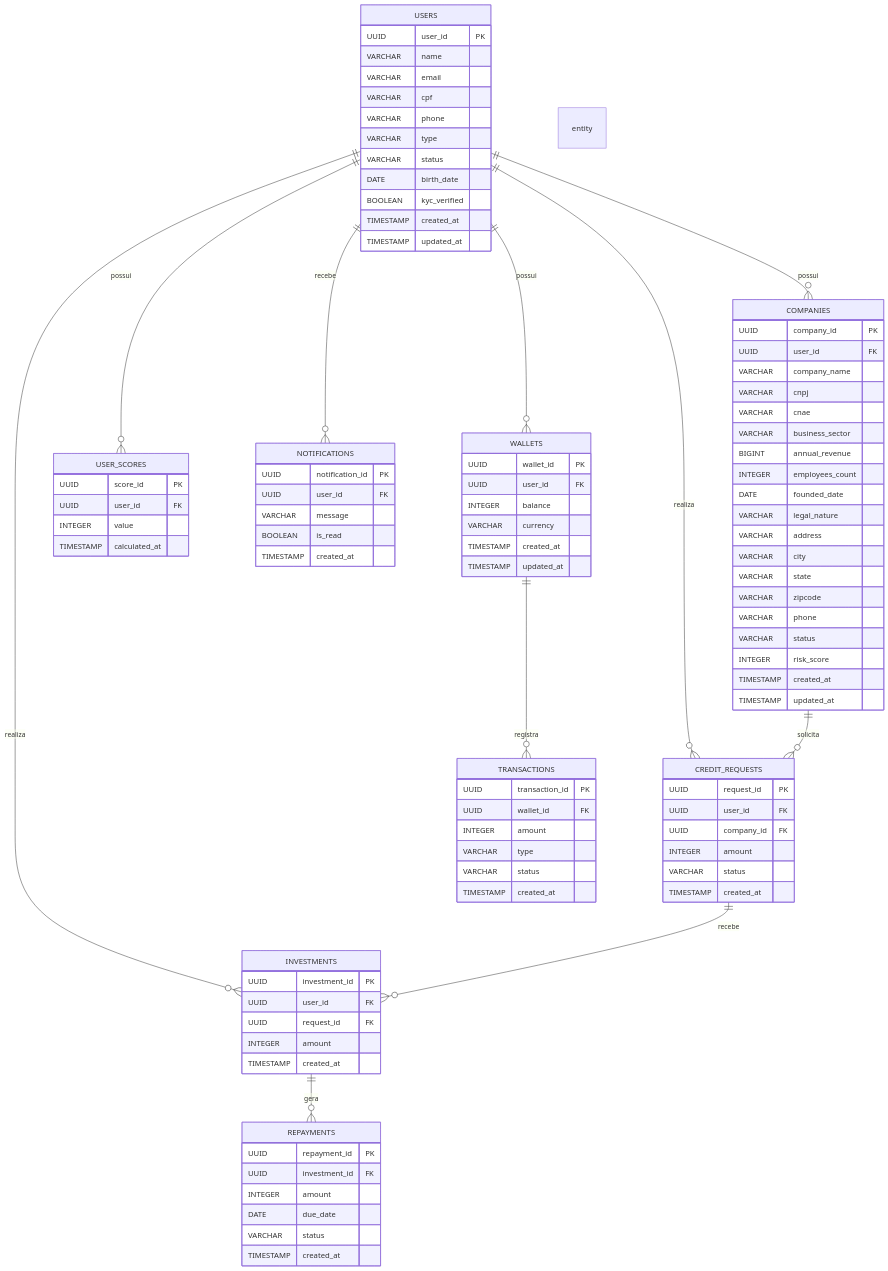
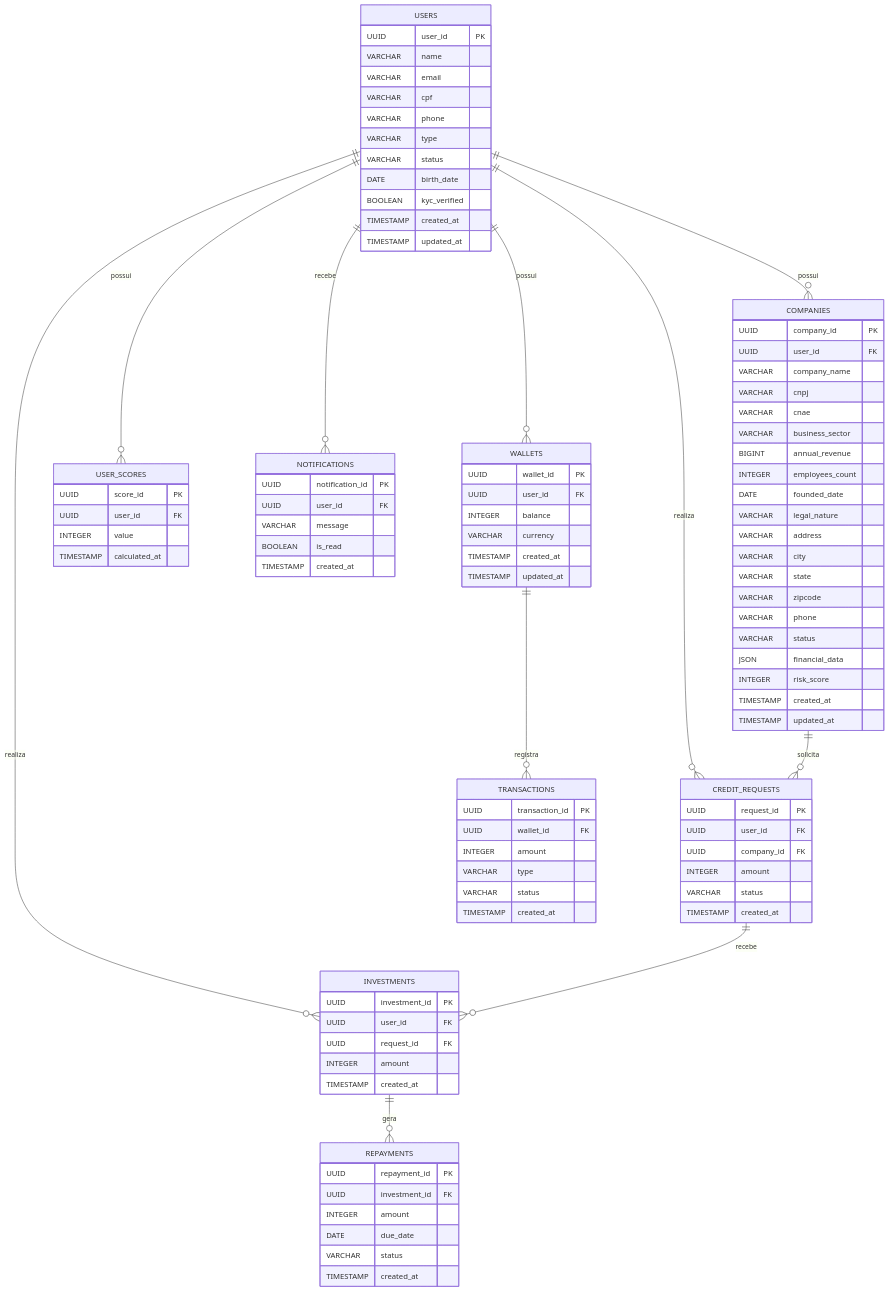
Before and after one commit to QInvest/qinvest: the diagram in README.md, drawn with Mermaid.

Commit message:
docs: Update ER diagram to enhance entity definitions and relationships

````diff
--- a/README.md
+++ b/README.md
@@ -23,108 +23,112 @@
 ```mermaid
 erDiagram
-    USERS ||--o{ WALLETS : "possui"
-    USERS ||--o{ USER_SCORES : "possui"
-    USERS ||--o{ CREDIT_REQUESTS : "realiza"
-    USERS ||--o{ INVESTMENTS : "realiza"
-    USERS ||--o{ NOTIFICATIONS : "recebe"
-    USERS ||--o{ COMPANIES : "possui"
-    COMPANIES ||--o{ CREDIT_REQUESTS : "solicita"
-    WALLETS ||--o{ TRANSACTIONS : "registra"
-    CREDIT_REQUESTS ||--o{ INVESTMENTS : "recebe"
-    INVESTMENTS ||--o{ REPAYMENTS : "gera"
+	direction TB
+	USERS {
+		UUID user_id PK ""  
+		VARCHAR name  ""  
+		VARCHAR email  ""  
+		VARCHAR cpf  ""  
+		VARCHAR phone  ""  
+		VARCHAR type  ""  
+		VARCHAR status  ""  
+		DATE birth_date  ""  
+		BOOLEAN kyc_verified  ""  
+		TIMESTAMP created_at  ""  
+		TIMESTAMP updated_at  ""  
+	}
 
-    entity USERS {
-        UUID user_id PK
-        VARCHAR name
-        VARCHAR email
-        VARCHAR cpf
-        VARCHAR phone
-        VARCHAR type
-        VARCHAR status
-        DATE birth_date
-        BOOLEAN kyc_verified
-        TIMESTAMP created_at
-        TIMESTAMP updated_at
-    }
+	WALLETS {
+		UUID wallet_id PK ""  
+		UUID user_id FK ""  
+		INTEGER balance  ""  
+		VARCHAR currency  ""  
+		TIMESTAMP created_at  ""  
+		TIMESTAMP updated_at  ""  
+	}
 
-    entity USER_SCORES {
-        UUID score_id PK
-        UUID user_id FK
-        INTEGER value
-        TIMESTAMP calculated_at
-    }
+	USER_SCORES {
+		UUID score_id PK ""  
+		UUID user_id FK ""  
+		INTEGER value  ""  
+		TIMESTAMP calculated_at  ""  
+	}
 
-    entity COMPANIES {
-        UUID company_id PK
-        UUID user_id FK
-        VARCHAR company_name
-        VARCHAR cnpj
-        VARCHAR cnae
-        VARCHAR business_sector
-        BIGINT annual_revenue
-        INTEGER employees_count
-        DATE founded_date
-        VARCHAR legal_nature
-        VARCHAR address
-        VARCHAR city
-        VARCHAR state
-        VARCHAR zipcode
-        VARCHAR phone
-        VARCHAR status
-        INTEGER risk_score
-        TIMESTAMP created_at
-        TIMESTAMP updated_at
-    }
+	CREDIT_REQUESTS {
+		UUID request_id PK ""  
+		UUID user_id FK ""  
+		UUID company_id FK ""  
+		INTEGER amount  ""  
+		VARCHAR status  ""  
+		TIMESTAMP created_at  ""  
+	}
 
-    entity WALLETS {
-        UUID wallet_id PK
-        UUID user_id FK
-        INTEGER balance
-        VARCHAR currency
-        TIMESTAMP created_at
-        TIMESTAMP updated_at
-    }
+	INVESTMENTS {
+		UUID investment_id PK ""  
+		UUID user_id FK ""  
+		UUID request_id FK ""  
+		INTEGER amount  ""  
+		TIMESTAMP created_at  ""  
+	}
 
-    entity TRANSACTIONS {
-        UUID transaction_id PK
-        UUID wallet_id FK
-        INTEGER amount
-        VARCHAR type
-        VARCHAR status
-        TIMESTAMP created_at
-    }
+	NOTIFICATIONS {
+		UUID notification_id PK ""  
+		UUID user_id FK ""  
+		VARCHAR message  ""  
+		BOOLEAN is_read  ""  
+		TIMESTAMP created_at  ""  
+	}
 
-    entity CREDIT_REQUESTS {
-        UUID request_id PK
-        UUID user_id FK
-        UUID company_id FK
-        INTEGER amount
-        VARCHAR status
-        TIMESTAMP created_at
-    }
+	COMPANIES {
+		UUID company_id PK ""  
+		UUID user_id FK ""  
+		VARCHAR company_name  ""  
+		VARCHAR cnpj  ""  
+		VARCHAR cnae  ""  
+		VARCHAR business_sector  ""  
+		BIGINT annual_revenue  ""  
+		INTEGER employees_count  ""  
+		DATE founded_date  ""  
+		VARCHAR legal_nature  ""  
+		VARCHAR address  ""  
+		VARCHAR city  ""  
+		VARCHAR state  ""  
+		VARCHAR zipcode  ""  
+		VARCHAR phone  ""  
+		VARCHAR status  ""  
+		JSON financial_data  ""  
+		INTEGER risk_score  ""  
+		TIMESTAMP created_at  ""  
+		TIMESTAMP updated_at  ""  
+	}
 
-    entity INVESTMENTS {
-        UUID investment_id PK
-        UUID user_id FK
-        UUID request_id FK
-        INTEGER amount
-        TIMESTAMP created_at
-    }
+	TRANSACTIONS {
+		UUID transaction_id PK ""  
+		UUID wallet_id FK ""  
+		INTEGER amount  ""  
+		VARCHAR type  ""  
+		VARCHAR status  ""  
+		TIMESTAMP created_at  ""  
+	}
 
-    entity REPAYMENTS {
-        UUID repayment_id PK
-        UUID investment_id FK
-        INTEGER amount
-        DATE due_date
-        VARCHAR status
-        TIMESTAMP created_at
-    }
+	REPAYMENTS {
+		UUID repayment_id PK ""  
+		UUID investment_id FK ""  
+		INTEGER amount  ""  
+		DATE due_date  ""  
+		VARCHAR status  ""  
+		TIMESTAMP created_at  ""  
+	}
 
-    entity NOTIFICATIONS {
-        UUID notification_id PK
-        UUID user_id FK
-        VARCHAR message
-        BOOLEAN is_read
-        TIMESTAMP created_at
-    }
+	USERS||--o{WALLETS:"possui"
+	USERS||--o{USER_SCORES:"possui"
+	USERS||--o{CREDIT_REQUESTS:"realiza"
+	USERS||--o{INVESTMENTS:"realiza"
+	USERS||--o{NOTIFICATIONS:"recebe"
+	USERS||--o{COMPANIES:"possui"
+	COMPANIES||--o{CREDIT_REQUESTS:"solicita"
+	WALLETS||--o{TRANSACTIONS:"registra"
+	CREDIT_REQUESTS||--o{INVESTMENTS:"recebe"
+	INVESTMENTS||--o{REPAYMENTS:"gera"
+
+
 ```
````
